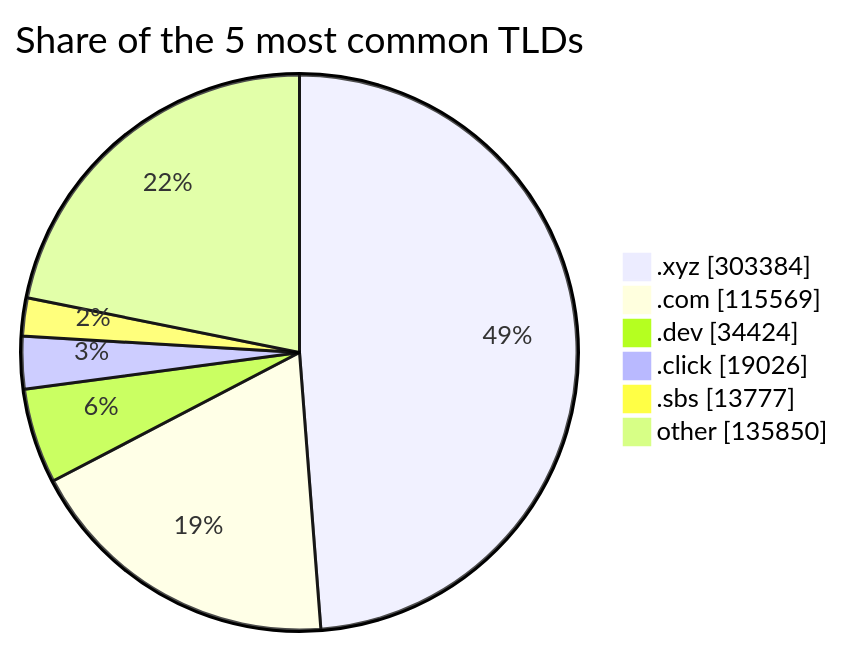
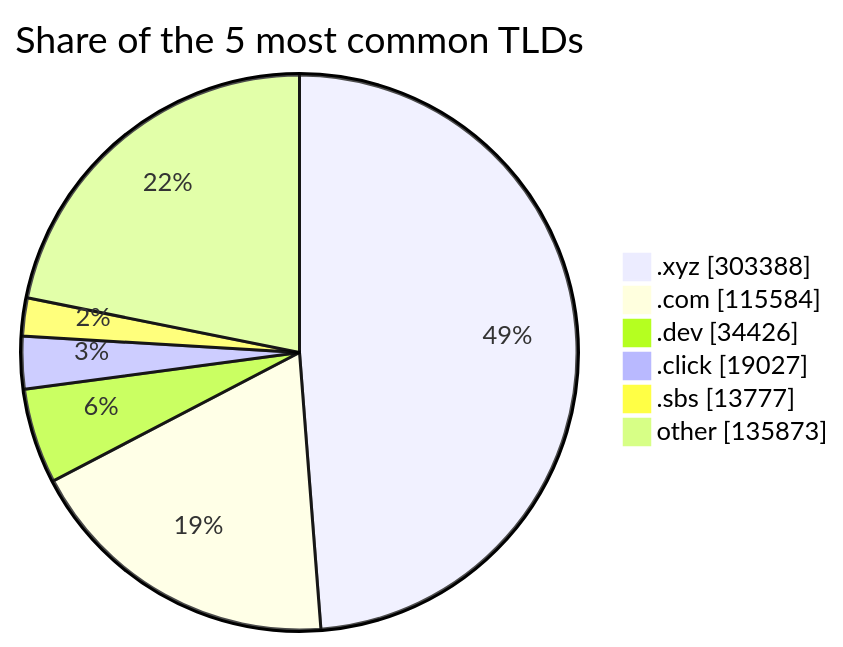
The third of 3 diagrams in README.md (DNSBunker/CTI), drawn with Mermaid before and after one commit. The commit also changed other lines of this file and 3 other files, not shown here.

````diff
--- a/README.md
+++ b/README.md
@@ -81,9 +81,9 @@
 ```mermaid
 pie showData title Share of the 5 most common TLDs
-    ".xyz" : 303384
-    ".com" : 115569
-    ".dev" : 34424
-    ".click" : 19026
+    ".xyz" : 303388
+    ".com" : 115584
+    ".dev" : 34426
+    ".click" : 19027
     ".sbs" : 13777
-    "other" : 135850
+    "other" : 135873
 ```
````
